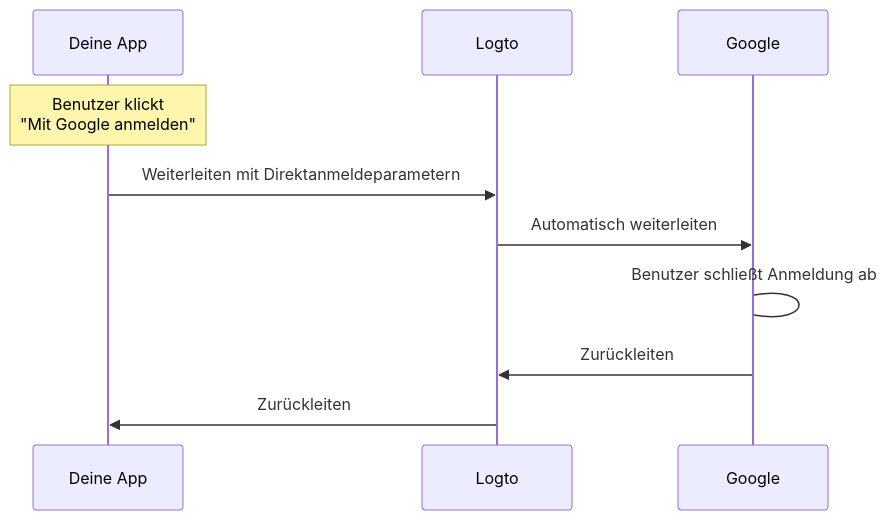
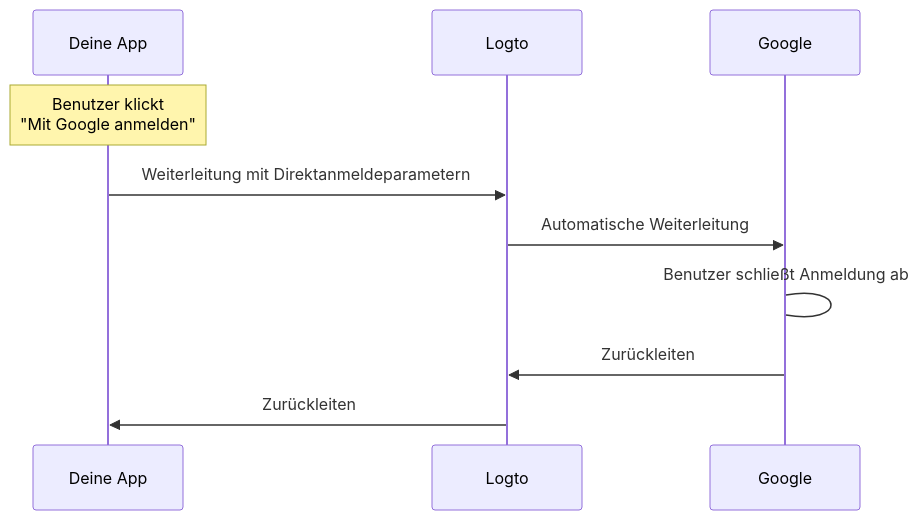
The fifth of 5 diagrams in i18n/de/docusaurus-plugin-content-docs/current/concepts/sign-in-experience.mdx (logto-io/docs), drawn with Mermaid before and after one commit. The commit also changed other lines of this file and 234 other files, not shown here.

````diff
--- a/i18n/de/docusaurus-plugin-content-docs/current/concepts/sign-in-experience.mdx
+++ b/i18n/de/docusaurus-plugin-content-docs/current/concepts/sign-in-experience.mdx
@@ -102,13 +102,13 @@
 ```mermaid
 sequenceDiagram
   participant A as Deine App
   participant B as Logto
   participant C as Google
 
   Note over A: Benutzer klickt<br/>"Mit Google anmelden"
-  A->>B: Weiterleiten mit Direktanmeldeparametern
-  B->>C: Automatisch weiterleiten
+  A->>B: Weiterleitung mit Direktanmeldeparametern
+  B->>C: Automatische Weiterleitung
   C->C: Benutzer schließt Anmeldung ab
   C->>B: Zurückleiten
   B->>A: Zurückleiten
 ```
````
